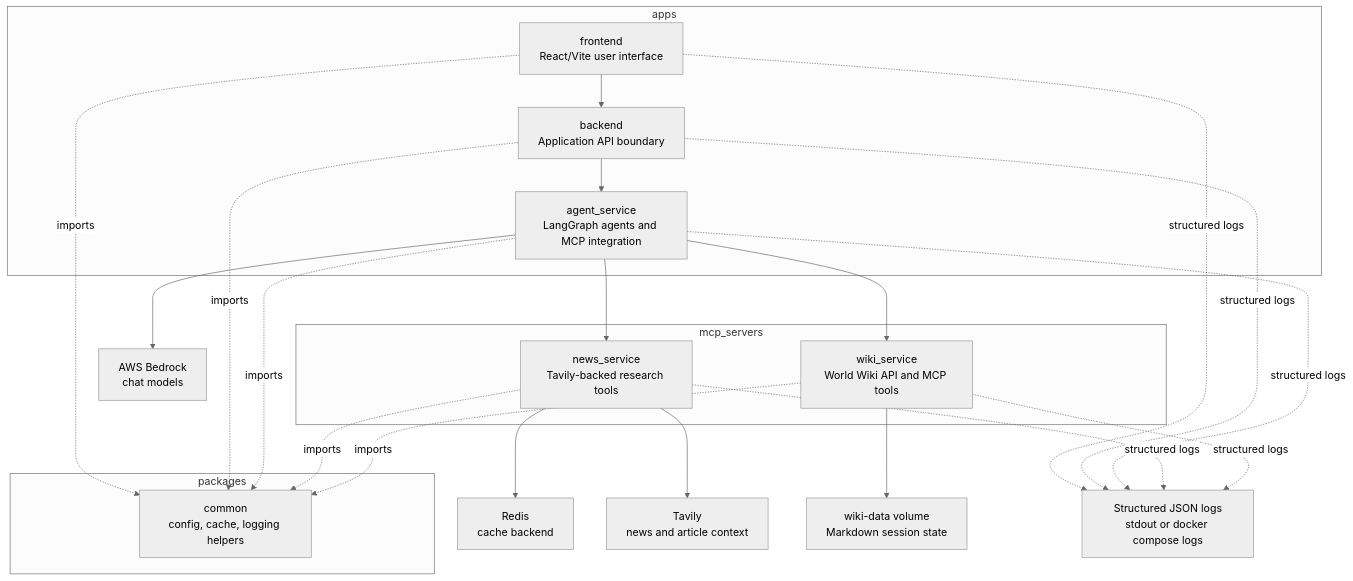
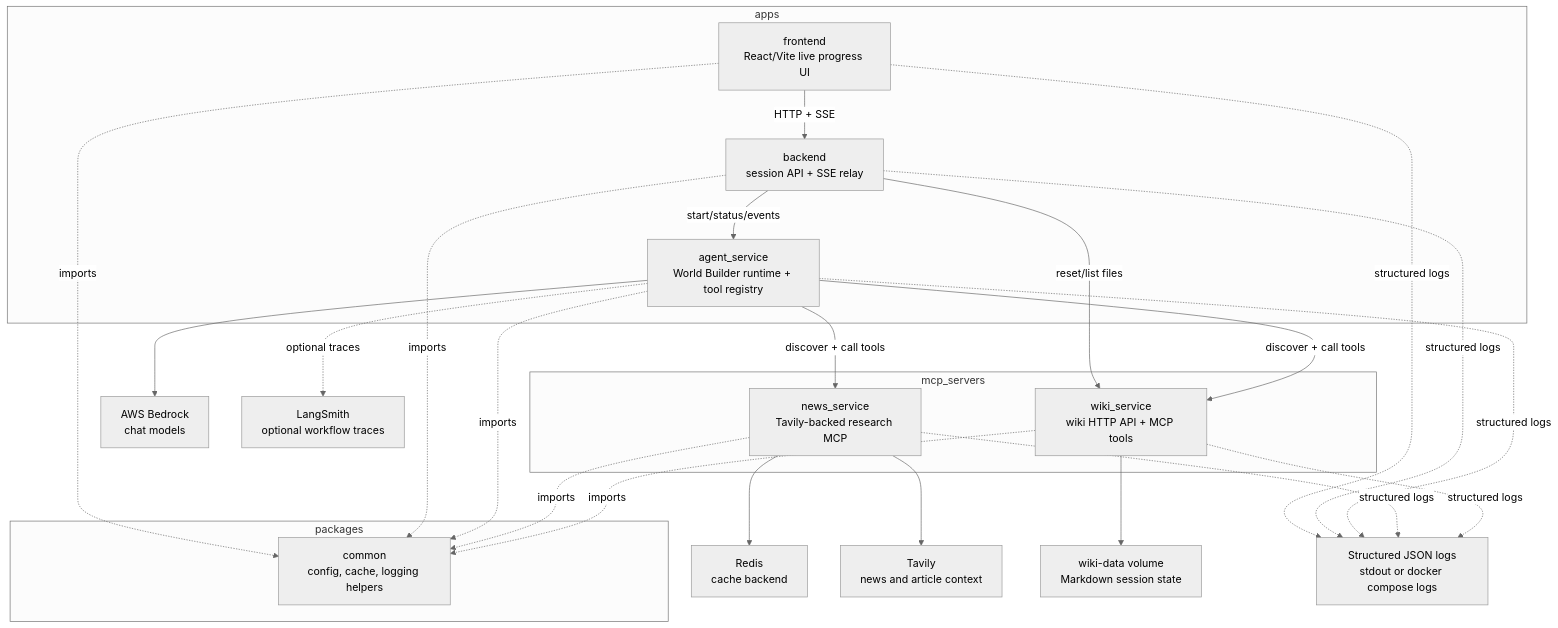
One commit to serpanchyk/Rozbirnyk changed the diagram in docs/diagrams/architecture.md. Above: the diagram before and after it, drawn with Mermaid (neutral theme). The commit also changed 17 other files, not shown here.

Commit message:
docs: refresh ADRs and architecture diagrams

````diff
--- a/docs/diagrams/architecture.md
+++ b/docs/diagrams/architecture.md
@@ -3,44 +3,47 @@
 ```mermaid
 flowchart TB
     subgraph apps["apps"]
-        frontend["frontend\nReact/Vite user interface"]
-        backend["backend\nApplication API boundary"]
-        agent["agent_service\nLangGraph agents and MCP integration"]
+        frontend["frontend\nReact/Vite live progress UI"]
+        backend["backend\nsession API + SSE relay"]
+        agent["agent_service\nWorld Builder runtime + tool registry"]
     end
 
     subgraph mcp["mcp_servers"]
-        news["news_service\nTavily-backed research tools"]
-        wiki["wiki_service\nWorld Wiki API and MCP tools"]
+        news["news_service\nTavily-backed research MCP"]
+        wiki["wiki_service\nwiki HTTP API + MCP tools"]
     end
 
     subgraph packages["packages"]
         common["common\nconfig, cache, logging helpers"]
     end
 
     redis["Redis\ncache backend"]
     bedrock["AWS Bedrock\nchat models"]
     tavily["Tavily\nnews and article context"]
     wiki_data["wiki-data volume\nMarkdown session state"]
+    langsmith["LangSmith\noptional workflow traces"]
     logs["Structured JSON logs\nstdout or docker compose logs"]
 
-    frontend --> backend
-    backend --> agent
+    frontend -->|"HTTP + SSE"| backend
+    backend -->|"reset/list files"| wiki
+    backend -->|"start/status/events"| agent
+    agent -->|"discover + call tools"| news
+    agent -->|"discover + call tools"| wiki
     agent --> bedrock
-    agent --> news
-    agent --> wiki
     news --> tavily
     news --> redis
     wiki --> wiki_data
+    agent -. optional traces .-> langsmith
 
     frontend -. imports .-> common
     backend -. imports .-> common
     agent -. imports .-> common
     news -. imports .-> common
     wiki -. imports .-> common
 
     frontend -. structured logs .-> logs
     backend -. structured logs .-> logs
     agent -. structured logs .-> logs
     news -. structured logs .-> logs
     wiki -. structured logs .-> logs
 ```
````
